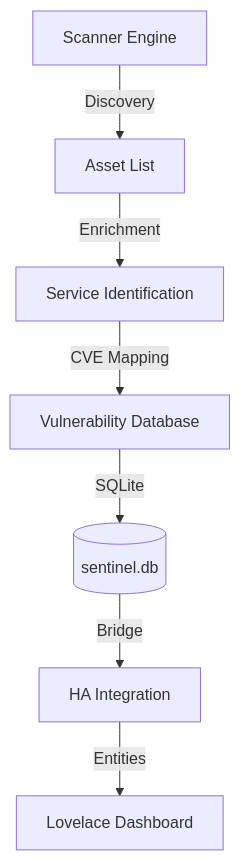
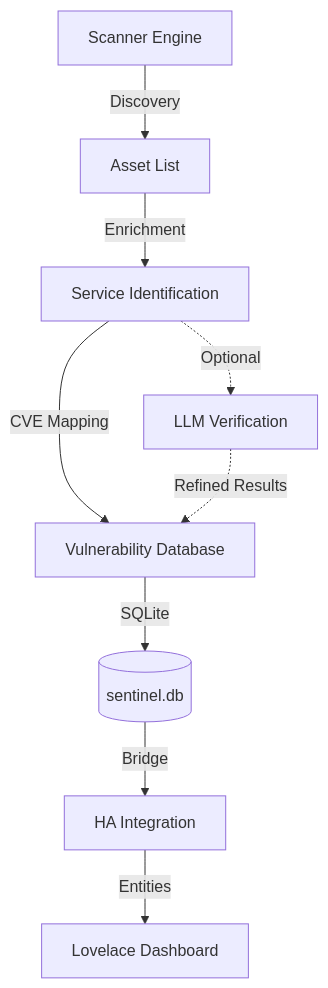
Before and after one commit to jgrippe1/project_sentinel_dev: the diagram in README.md, drawn with Mermaid. The commit also changed other lines of this file and 4 other files, not shown here.

````diff
--- a/README.md
+++ b/README.md
@@ -21,9 +22,11 @@
 ```mermaid
 graph TD
     A[Scanner Engine] -->|Discovery| B[Asset List]
     B -->|Enrichment| C[Service Identification]
     C -->|CVE Mapping| D[Vulnerability Database]
     D -->|SQLite| E[(sentinel.db)]
     E -->|Bridge| F[HA Integration]
     F -->|Entities| G[Lovelace Dashboard]
+    C -.->|Optional| H[LLM Verification]
+    H -.->|Refined Results| D
 ```
````
